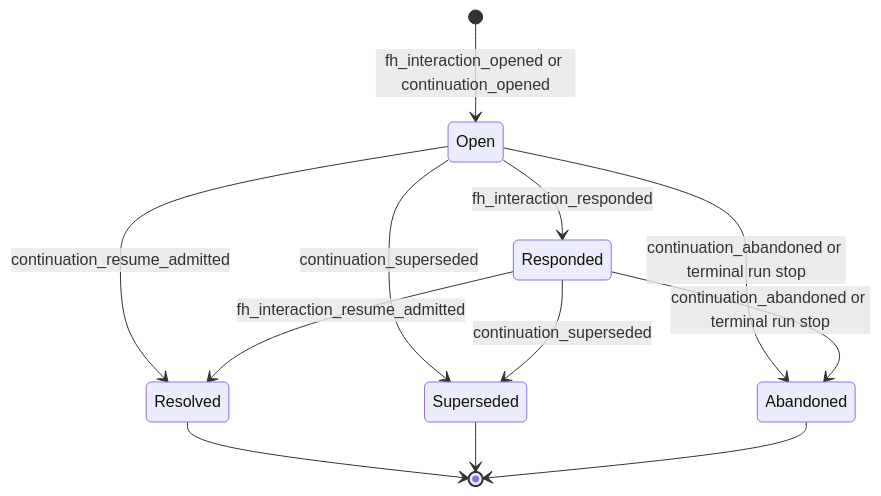
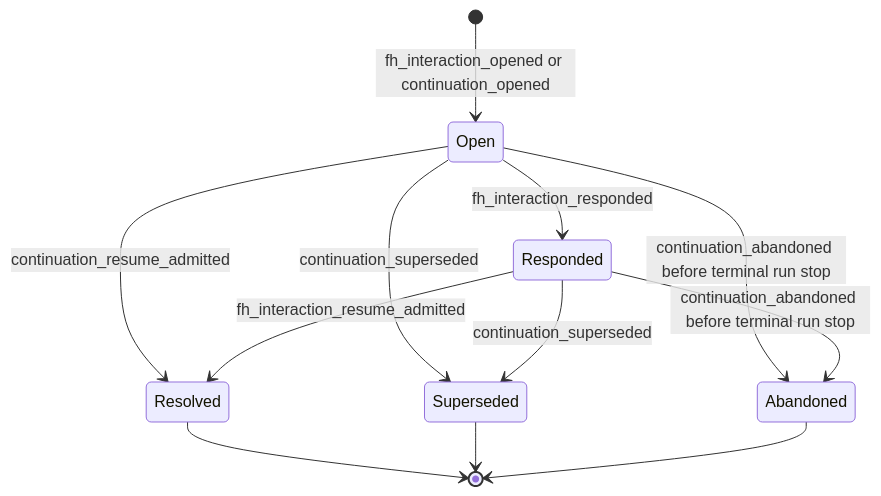
The fourth of 4 diagrams in build_tenants/abiogenesis/typescript/design/M05_DIRECT_GTL_TRAVERSAL_EXPANSION_DESIGN.md (foolishimp/abiogenesis), drawn with Mermaid before and after one commit. The commit also changed other lines of this file, not shown here.

````diff
--- a/build_tenants/abiogenesis/typescript/design/M05_DIRECT_GTL_TRAVERSAL_EXPANSION_DESIGN.md
+++ b/build_tenants/abiogenesis/typescript/design/M05_DIRECT_GTL_TRAVERSAL_EXPANSION_DESIGN.md
@@ -859,14 +990,14 @@
 ```mermaid
 stateDiagram-v2
   [*] --> Open: fh_interaction_opened or continuation_opened
   Open --> Responded: fh_interaction_responded
   Open --> Resolved: continuation_resume_admitted
   Responded --> Resolved: fh_interaction_resume_admitted
   Open --> Superseded: continuation_superseded
   Responded --> Superseded: continuation_superseded
-  Open --> Abandoned: continuation_abandoned or terminal run stop
-  Responded --> Abandoned: continuation_abandoned or terminal run stop
+  Open --> Abandoned: continuation_abandoned before terminal run stop
+  Responded --> Abandoned: continuation_abandoned before terminal run stop
   Resolved --> [*]
   Superseded --> [*]
   Abandoned --> [*]
 ```
````
